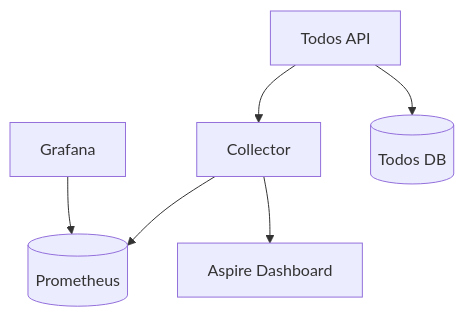
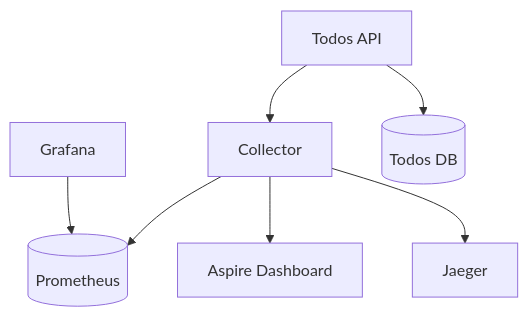
One commit to bjornnorgaard/aspnet-service-template changed the diagram in README.md. Above: the diagram before and after it, drawn with Mermaid. The commit also changed 2 other files, not shown here.

Commit message:
Now passing traces onto jaeger

````diff
--- a/README.md
+++ b/README.md
@@ -4,15 +4,17 @@
 ```mermaid
 flowchart
     gra[Grafana]
     otel[Collector]
     api[Todos API]    
     aspire[Aspire Dashboard]
     prom[(Prometheus)]
     db[(Todos DB)]
+    jt[Jaeger]
 
     otel --> prom
     otel --> aspire
     api --> otel
     api --> db
     gra --> prom
+    otel --> jt
 ```
````
